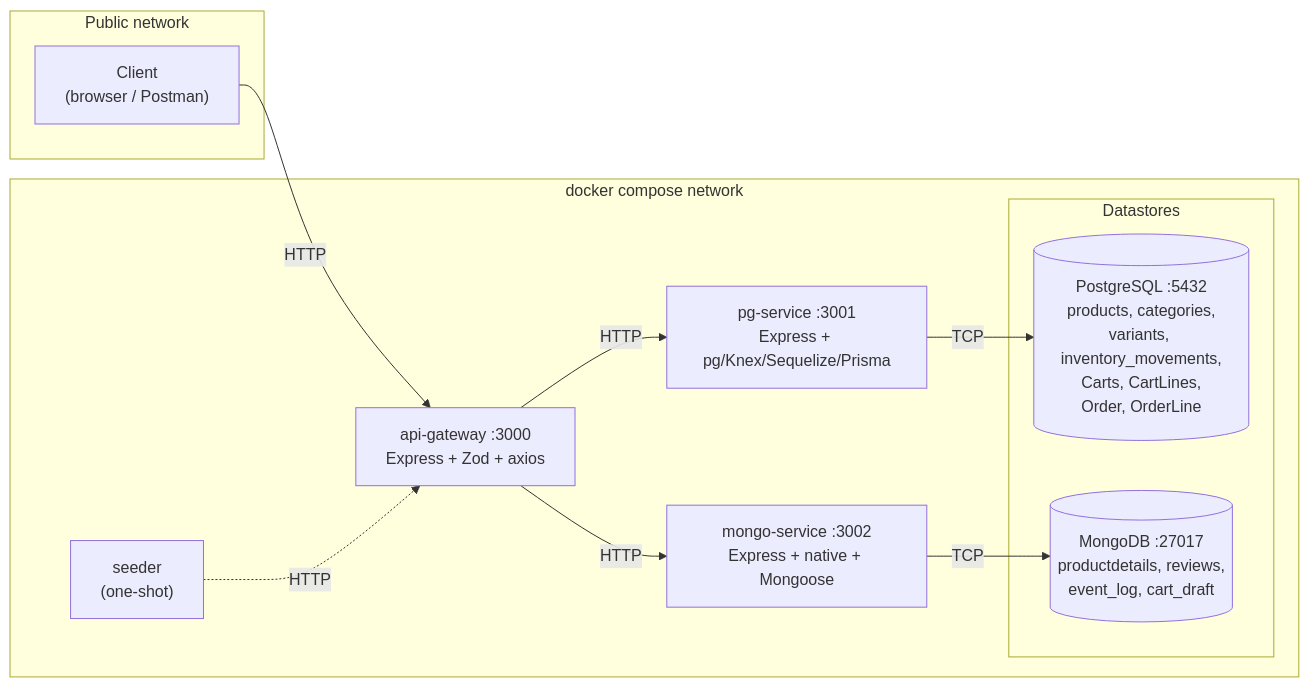
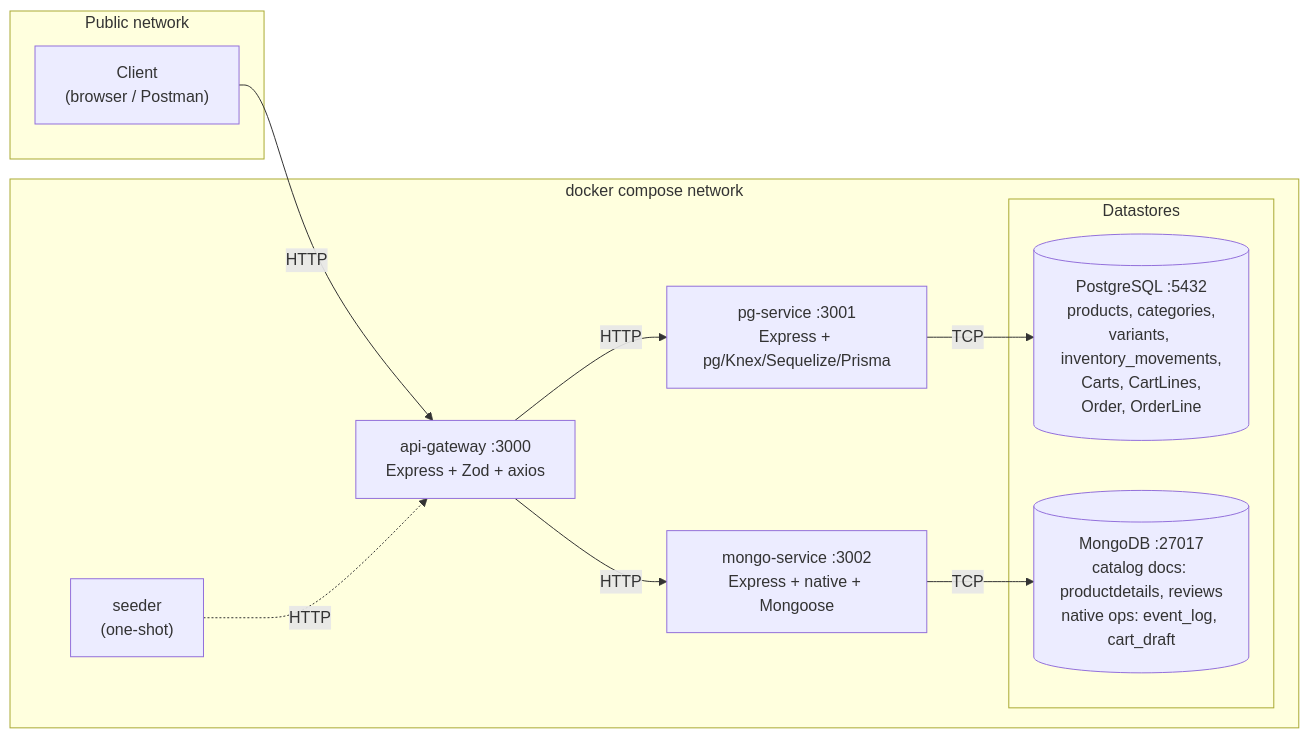
Before and after one commit to zofiadobrowolskaa/ecommerce: the first of 3 diagrams in README.md, drawn with Mermaid. The commit also changed other lines of this file and 5 other files, not shown here.

Commit message:
feat(mongo): document catalog indexes and clarify requirement 16 scope

````diff
--- a/README.md
+++ b/README.md
@@ -30,25 +30,25 @@
 ```mermaid
 flowchart LR
     subgraph public ["Public network"]
         Client["Client<br/>(browser / Postman)"]
     end
 
     subgraph docker ["docker compose network"]
         GW["api-gateway :3000<br/>Express + Zod + axios"]
         PG_SVC["pg-service :3001<br/>Express + pg/Knex/Sequelize/Prisma"]
         MG_SVC["mongo-service :3002<br/>Express + native + Mongoose"]
         SEED["seeder<br/>(one-shot)"]
 
         subgraph datastores ["Datastores"]
             PG[("PostgreSQL :5432<br/>products, categories,<br/>variants, inventory_movements,<br/>Carts, CartLines,<br/>Order, OrderLine")]
-            MG[("MongoDB :27017<br/>productdetails, reviews,<br/>event_log, cart_draft")]
+            MG[("MongoDB :27017<br/>catalog docs: productdetails, reviews<br/>native ops: event_log, cart_draft")]
         end
     end
 
     Client --HTTP--> GW
     GW --HTTP--> PG_SVC
     GW --HTTP--> MG_SVC
     SEED -.HTTP.-> GW
     PG_SVC --TCP--> PG
     MG_SVC --TCP--> MG
 ```
````
